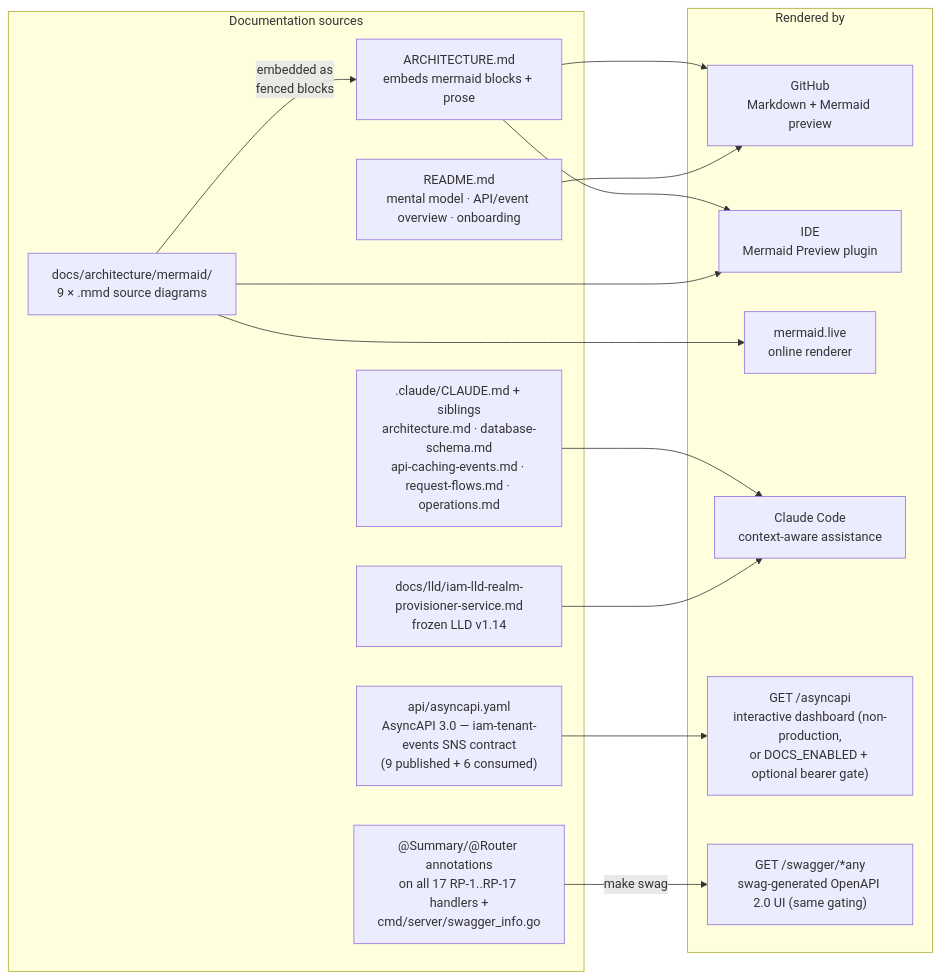
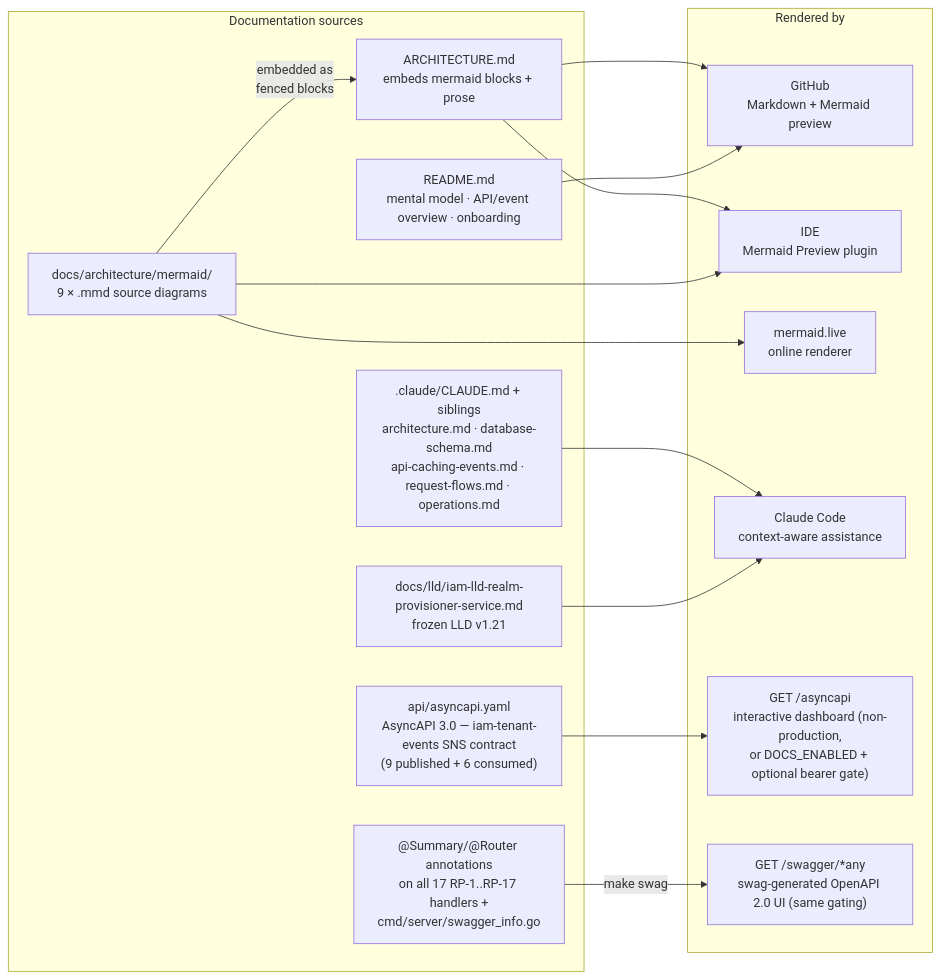
The tenth of 10 diagrams in ARCHITECTURE.md (BCBP-SOLUTIONS-FZC-LLC/iam-realm-provisioner), drawn with Mermaid before and after one commit. The commit also changed other lines of this file and 167 other files, not shown here.

````diff
--- a/ARCHITECTURE.md
+++ b/ARCHITECTURE.md
@@ -1052,30 +1065,30 @@
 ```mermaid
 graph LR
     subgraph sources["Documentation sources"]
         mmd["docs/architecture/mermaid/\n9 × .mmd source diagrams"]
         arch["ARCHITECTURE.md\nembeds mermaid blocks + prose"]
         claude[".claude/CLAUDE.md + siblings\narchitecture.md · database-schema.md\napi-caching-events.md · request-flows.md · operations.md"]
         readme["README.md\nmental model · API/event overview · onboarding"]
         asyncapi_yaml["api/asyncapi.yaml\nAsyncAPI 3.0 — iam-tenant-events SNS contract\n(9 published + 6 consumed)"]
         swag_annot["@Summary/@Router annotations\non all 17 RP-1..RP-17 handlers +\ncmd/server/swagger_info.go"]
-        lld["docs/lld/iam-lld-realm-provisioner-service.md\nfrozen LLD v1.14"]
+        lld["docs/lld/iam-lld-realm-provisioner-service.md\nfrozen LLD v1.21"]
     end
 
     subgraph rendered["Rendered by"]
         github["GitHub\nMarkdown + Mermaid preview"]
         ide["IDE\nMermaid Preview plugin"]
         live["mermaid.live\nonline renderer"]
         claude_ai["Claude Code\ncontext-aware assistance"]
         asyncapi_viewer["GET /asyncapi\ninteractive dashboard (non-production,\nor DOCS_ENABLED + optional bearer gate)"]
         swagger_ui["GET /swagger/*any\nswag-generated OpenAPI 2.0 UI (same gating)"]
     end
 
     mmd  -->|"embedded as\nfenced blocks"| arch
     arch --> github & ide
     mmd  --> live & ide
     claude --> claude_ai
     readme --> github
     lld --> claude_ai
     asyncapi_yaml --> asyncapi_viewer
     swag_annot -->|"make swag"| swagger_ui
 ```
````
